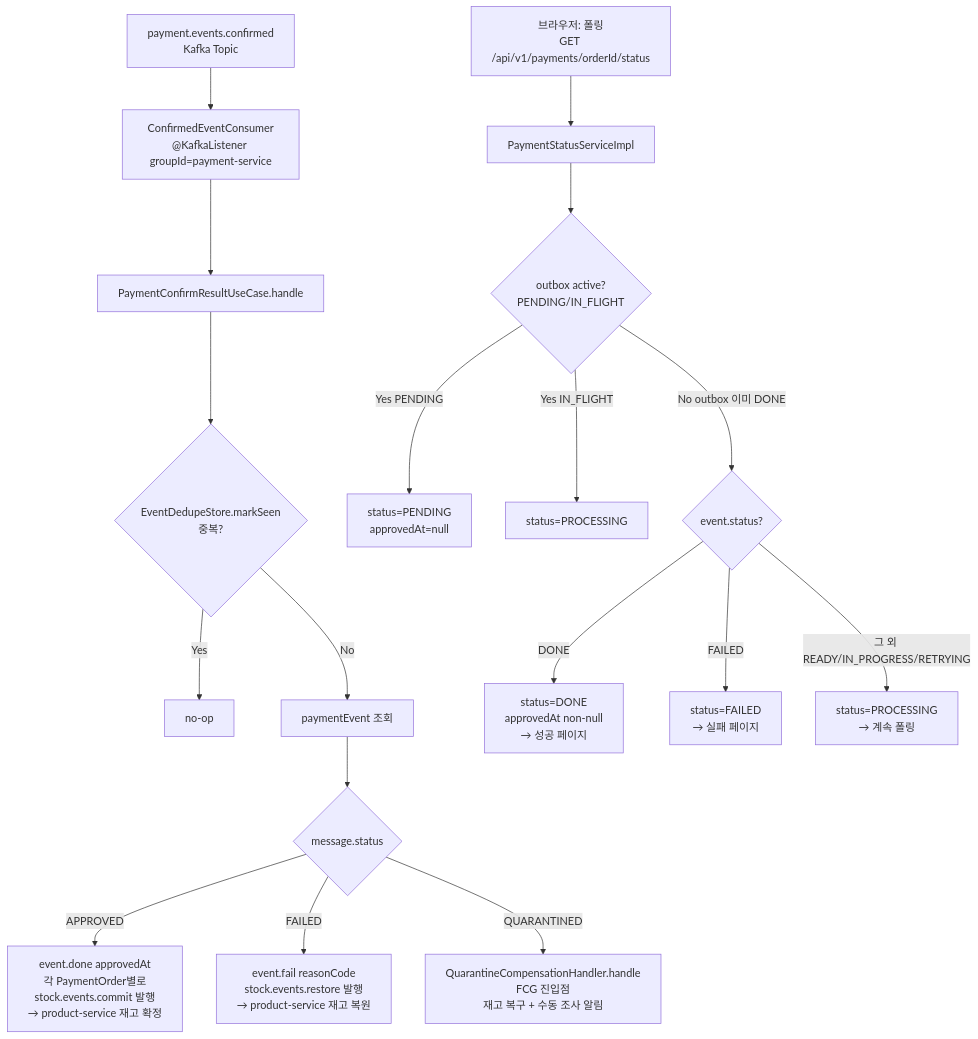
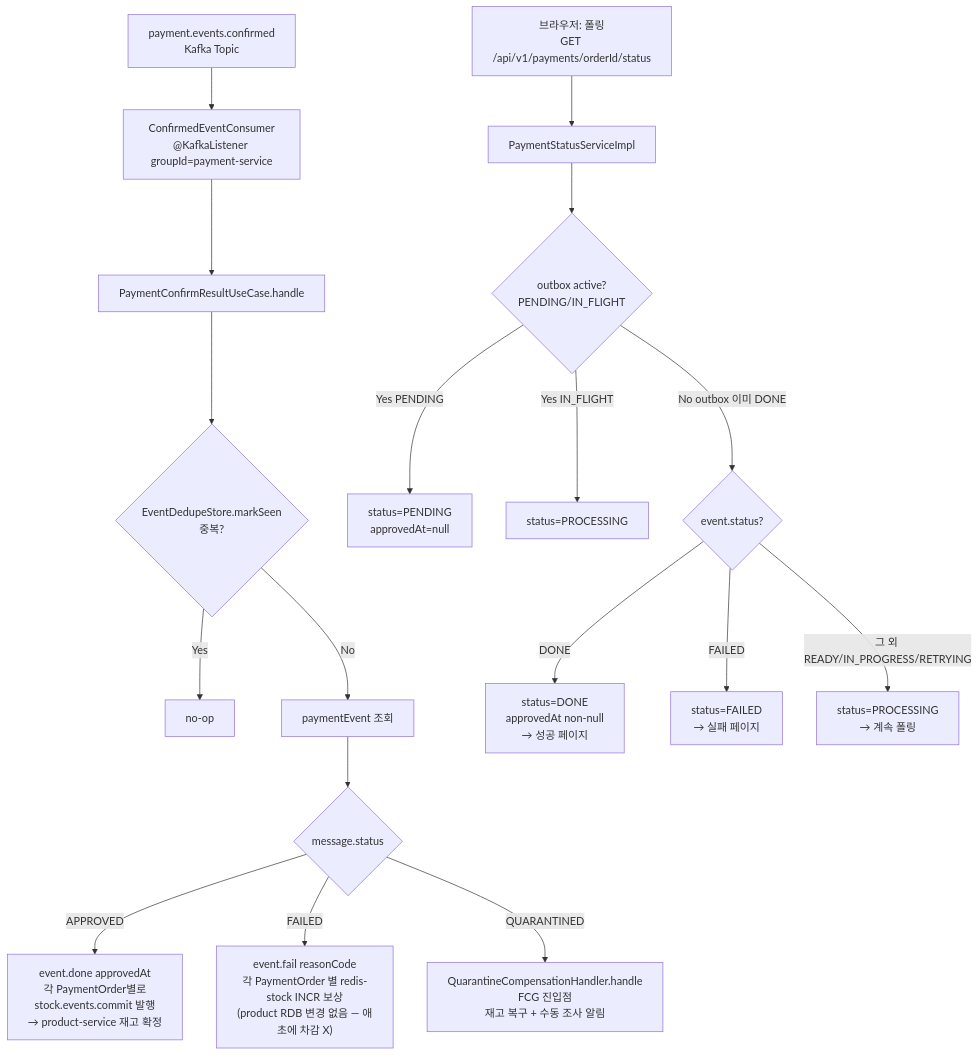
The fifth of 5 diagrams in docs/context/PAYMENT-FLOW.md (hyoguoo/payment-platform), drawn with Mermaid before and after one commit. The commit also changed 11 other files, not shown here.

````diff
--- a/docs/context/PAYMENT-FLOW.md
+++ b/docs/context/PAYMENT-FLOW.md
@@ -109,21 +109,21 @@
 ```mermaid
 flowchart TD
     AA["payment.events.confirmed<br/>Kafka Topic"] --> AB["ConfirmedEventConsumer<br/>@KafkaListener groupId=payment-service"]
     AB --> AC["PaymentConfirmResultUseCase.handle"]
     AC --> AC1{"EventDedupeStore.markSeen<br/>중복?"}
     AC1 -->|Yes| AC1a["no-op"]
     AC1 -->|No| AC2["paymentEvent 조회"]
     AC2 --> AD{"message.status"}
     AD -->|APPROVED| AE1["event.done approvedAt<br/>각 PaymentOrder별로<br/>stock.events.commit 발행<br/>→ product-service 재고 확정"]
-    AD -->|FAILED| AE2["event.fail reasonCode<br/>stock.events.restore 발행<br/>→ product-service 재고 복원"]
+    AD -->|FAILED| AE2["event.fail reasonCode<br/>각 PaymentOrder 별 redis-stock INCR 보상<br/>(product RDB 변경 없음 — 애초에 차감 X)"]
     AD -->|QUARANTINED| AE3["QuarantineCompensationHandler.handle<br/>FCG 진입점<br/>재고 복구 + 수동 조사 알림"]
 
     AF["브라우저: 폴링<br/>GET /api/v1/payments/orderId/status"] --> AG["PaymentStatusServiceImpl"]
     AG --> AG1{"outbox active?<br/>PENDING/IN_FLIGHT"}
     AG1 -->|Yes PENDING| AG1a["status=PENDING<br/>approvedAt=null"]
     AG1 -->|Yes IN_FLIGHT| AG1b["status=PROCESSING"]
     AG1 -->|No outbox 이미 DONE| AG2{"event.status?"}
     AG2 -->|DONE| AH1["status=DONE<br/>approvedAt non-null<br/>→ 성공 페이지"]
     AG2 -->|FAILED| AH2["status=FAILED<br/>→ 실패 페이지"]
     AG2 -->|"그 외 READY/IN_PROGRESS/RETRYING"| AH3["status=PROCESSING<br/>→ 계속 폴링"]
 ```
````
